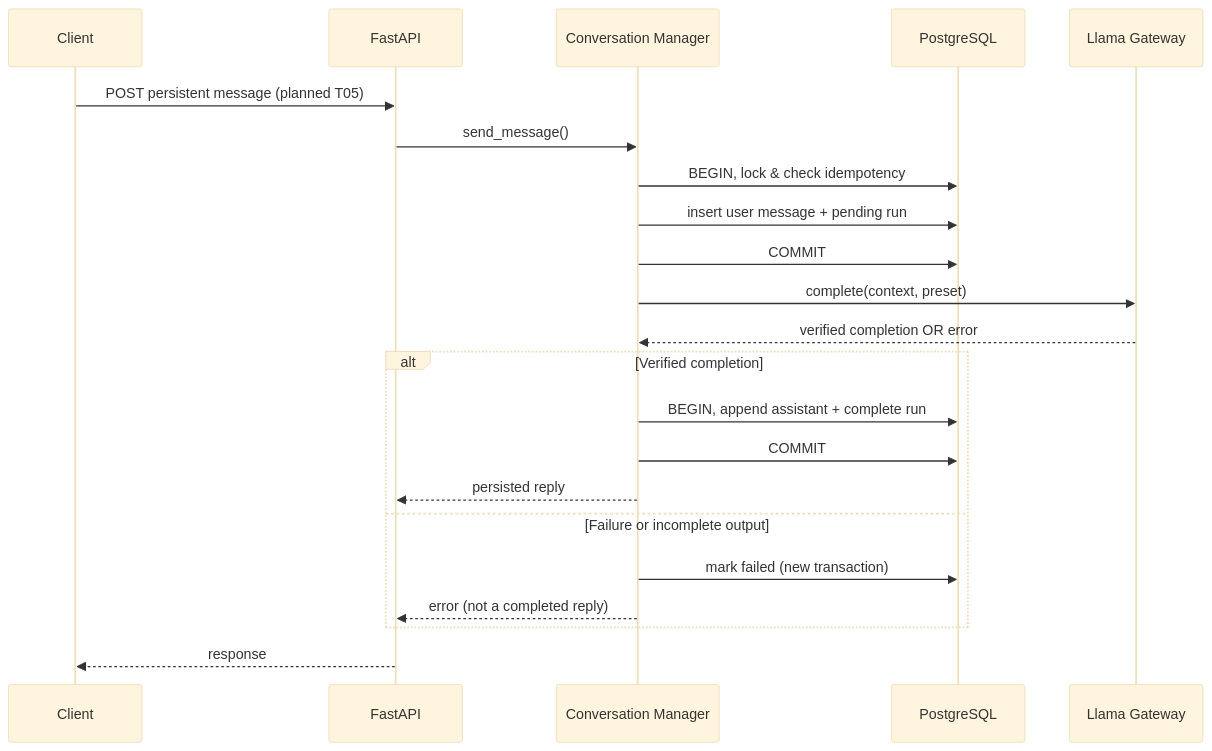
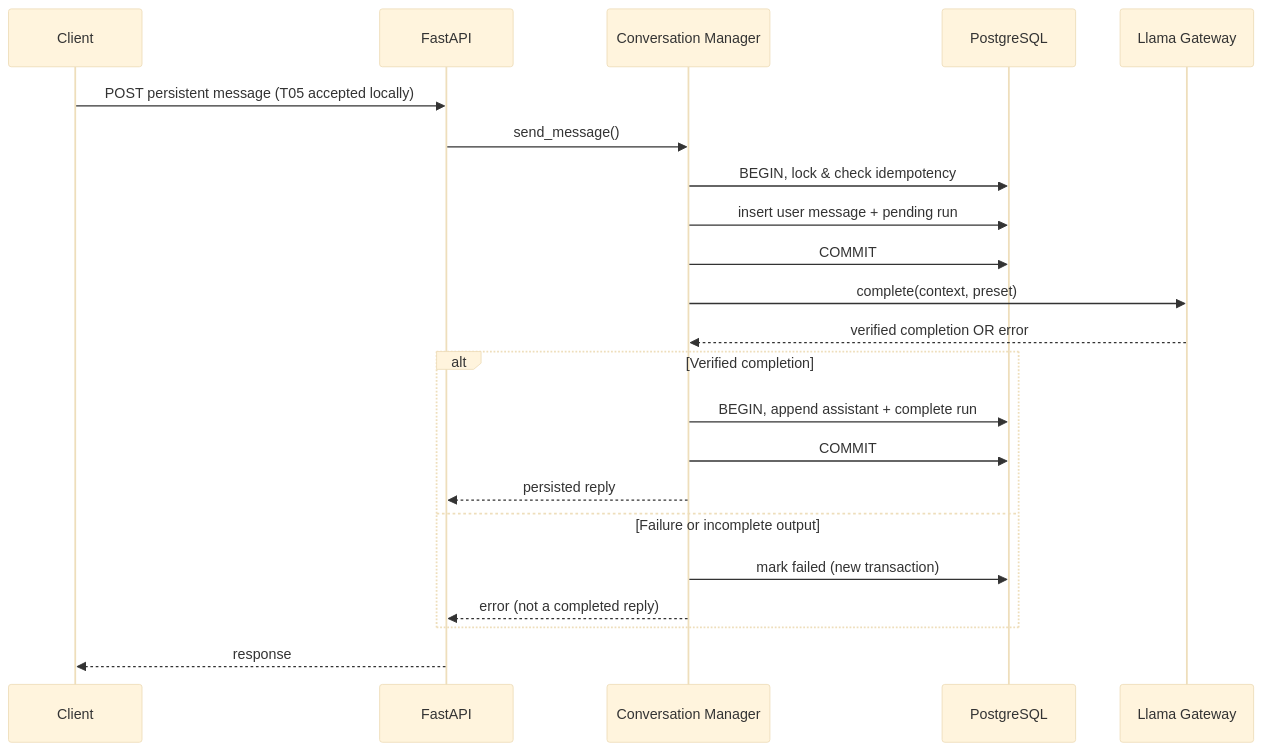
The fifth of 5 diagrams in docs/LOCAL_ASSISTANT_MASTER_ROADMAP.md (Leiz-Workspace/local-assistant), drawn with Mermaid (base theme) before and after one commit. The commit also changed other lines of this file and 16 other files, not shown here.

Commit message:
feat(ai): add persistent conversation API and record verified T05 acceptance

````diff
--- a/docs/LOCAL_ASSISTANT_MASTER_ROADMAP.md
+++ b/docs/LOCAL_ASSISTANT_MASTER_ROADMAP.md
@@ -403,24 +405,24 @@
 ```mermaid
 sequenceDiagram
   participant UI as Client
   participant API as FastAPI
   participant CM as Conversation Manager
   participant PG as PostgreSQL
   participant LLM as Llama Gateway
-  UI->>API: POST persistent message (planned T05)
+  UI->>API: POST persistent message (T05 accepted locally)
   API->>CM: send_message()
   CM->>PG: BEGIN, lock & check idempotency
   CM->>PG: insert user message + pending run
   CM->>PG: COMMIT
   CM->>LLM: complete(context, preset)
   LLM-->>CM: verified completion OR error
   alt Verified completion
     CM->>PG: BEGIN, append assistant + complete run
     CM->>PG: COMMIT
     CM-->>API: persisted reply
   else Failure or incomplete output
     CM->>PG: mark failed (new transaction)
     CM-->>API: error (not a completed reply)
   end
   API-->>UI: response
 ```
````
